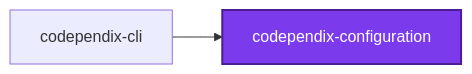
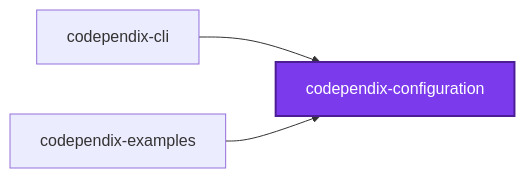
Before and after one commit to JimmyPaolini/codebase: the first of 3 diagrams in packages/codependix-configuration/README.md, drawn with Mermaid. The commit also changed 25 other files, not shown here.

````diff
--- a/packages/codependix-configuration/README.md
+++ b/packages/codependix-configuration/README.md
@@ -14,8 +14,10 @@
 ```mermaid
 graph LR
   codependix_cli["codependix-cli"]
   codependix_configuration["codependix-configuration"]
+  codependix_examples["codependix-examples"]
   codependix_cli --> codependix_configuration
+  codependix_examples --> codependix_configuration
   classDef subject fill:#7c3aed,color:#fff,stroke:#4c1d95,stroke-width:2px
   class codependix_configuration subject
 ```
````
